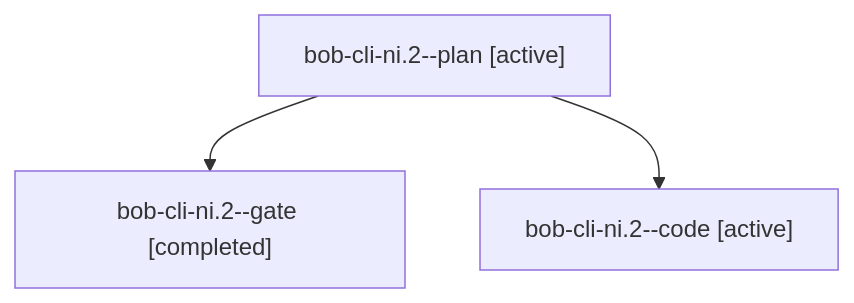
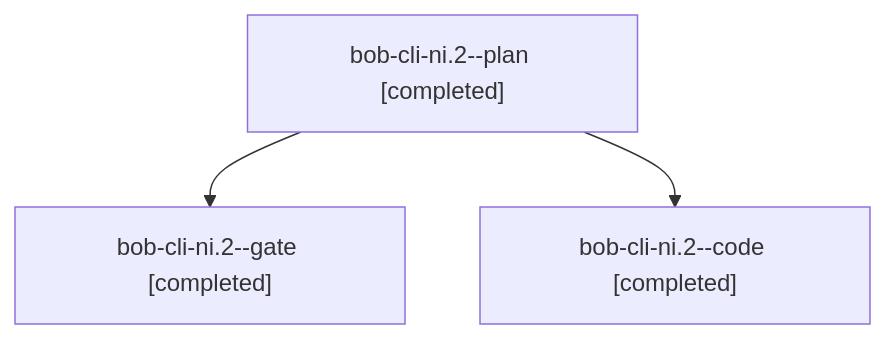
One commit to bobs-org/bob-cli--agents changed the diagram in sessions/bbugyi200.apollo.bob-cli-ni.2.md. Above: the diagram before and after it, drawn with Mermaid. The commit also changed other lines of this file and 37 other files, not shown here.

````diff
--- a/sessions/bbugyi200.apollo.bob-cli-ni.2.md
+++ b/sessions/bbugyi200.apollo.bob-cli-ni.2.md
@@ -9,8 +9,8 @@
 ```mermaid
 flowchart TD
-  n0["bob-cli-ni.2--plan [active]"]
+  n0["bob-cli-ni.2--plan [completed]"]
   n1["bob-cli-ni.2--gate [completed]"]
   n0 --> n1
-  n2["bob-cli-ni.2--code [active]"]
+  n2["bob-cli-ni.2--code [completed]"]
   n0 --> n2
 ```
````
